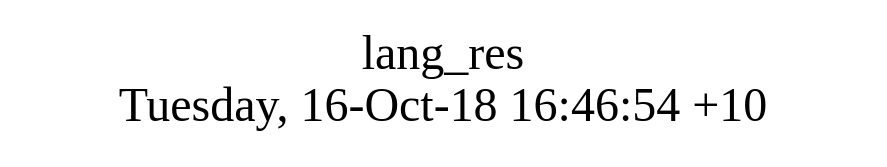
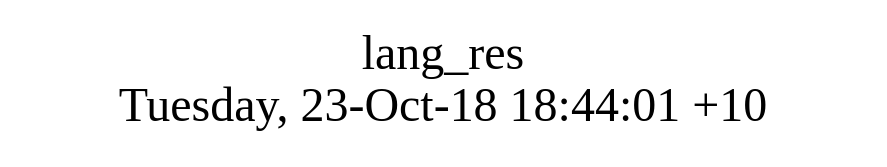
One commit to AplaProject/apps changed the diagram in src/lang_res/struct.dot. Above: the diagram before and after it, drawn with Graphviz. The commit also changed 16 other files, not shown here.

```diff
--- a/src/lang_res/struct.dot
+++ b/src/lang_res/struct.dot
@@ -1,8 +1,8 @@
 digraph G {
 fontsize="24";
-label="lang_res\nTuesday, 16-Oct-18 16:46:54 +10";
+label="lang_res\nTuesday, 23-Oct-18 18:44:01 +10";
 nojustify=true;
 ordering=out;
 rankdir=LR;
 size="30";
 }
```
